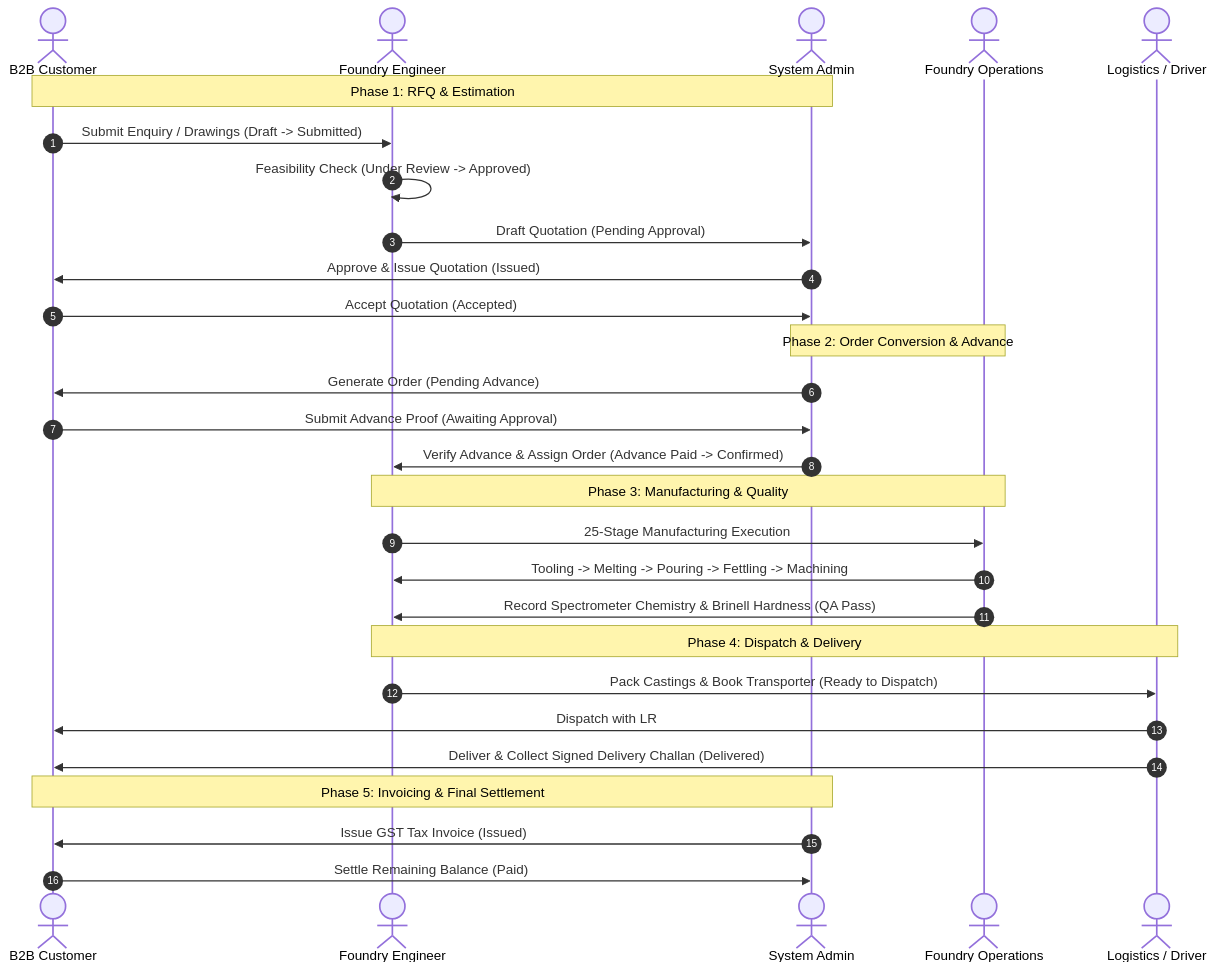
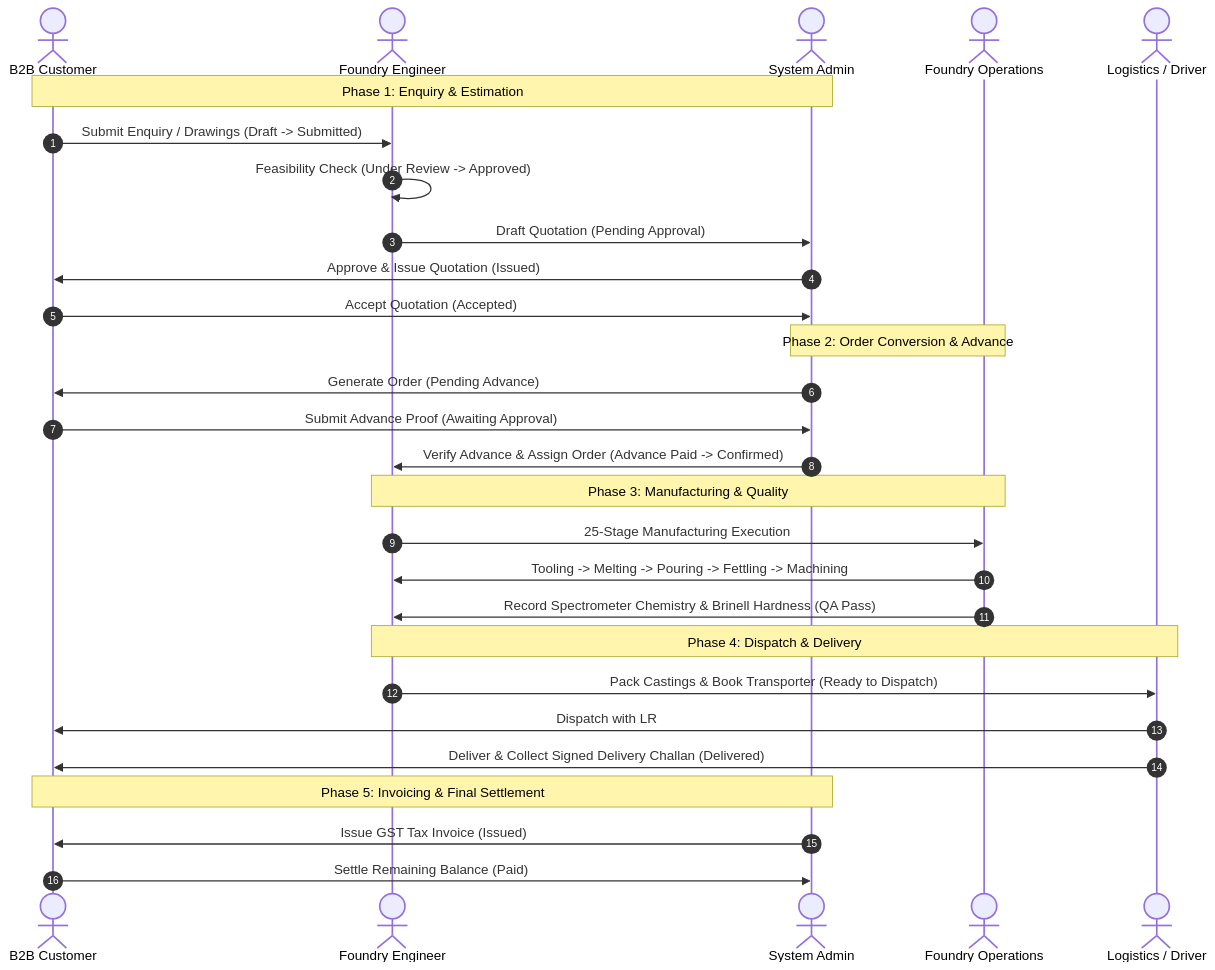
One commit to RahulBhola/Shakti-Udyog changed the second of 5 diagrams in docs/01-product-requirements-document.md. Above: the diagram before and after it, drawn with Mermaid. The commit also changed other lines of this file and 23 other files, not shown here.

Commit message:
refactor: standardize RFQ nomenclature to Enquiry across documentation and UI

````diff
--- a/docs/01-product-requirements-document.md
+++ b/docs/01-product-requirements-document.md
@@ -159,35 +159,35 @@
 ```mermaid
 sequenceDiagram
     autonumber
     actor Customer as B2B Customer
     actor Engineer as Foundry Engineer
     actor Admin as System Admin
     actor ShopFloor as Foundry Operations
     actor Transporter as Logistics / Driver
 
-    Note over Customer,Admin: Phase 1: RFQ & Estimation
+    Note over Customer,Admin: Phase 1: Enquiry & Estimation
     Customer->>Engineer: Submit Enquiry / Drawings (Draft -> Submitted)
     Engineer->>Engineer: Feasibility Check (Under Review -> Approved)
     Engineer->>Admin: Draft Quotation (Pending Approval)
     Admin->>Customer: Approve & Issue Quotation (Issued)
     Customer->>Admin: Accept Quotation (Accepted)
     
     Note over Admin,ShopFloor: Phase 2: Order Conversion & Advance
     Admin->>Customer: Generate Order (Pending Advance)
     Customer->>Admin: Submit Advance Proof (Awaiting Approval)
     Admin->>Engineer: Verify Advance & Assign Order (Advance Paid -> Confirmed)
     
     Note over Engineer,ShopFloor: Phase 3: Manufacturing & Quality
     Engineer->>ShopFloor: 25-Stage Manufacturing Execution
     ShopFloor->>Engineer: Tooling -> Melting -> Pouring -> Fettling -> Machining
     ShopFloor->>Engineer: Record Spectrometer Chemistry & Brinell Hardness (QA Pass)
     
     Note over Engineer,Transporter: Phase 4: Dispatch & Delivery
     Engineer->>Transporter: Pack Castings & Book Transporter (Ready to Dispatch)
     Transporter->>Customer: Dispatch with LR #, Vehicle # & Driver Contact (Dispatched)
     Transporter->>Customer: Deliver & Collect Signed Delivery Challan (Delivered)
     
     Note over Admin,Customer: Phase 5: Invoicing & Final Settlement
     Admin->>Customer: Issue GST Tax Invoice (Issued)
     Customer->>Admin: Settle Remaining Balance (Paid)
 ```
````
